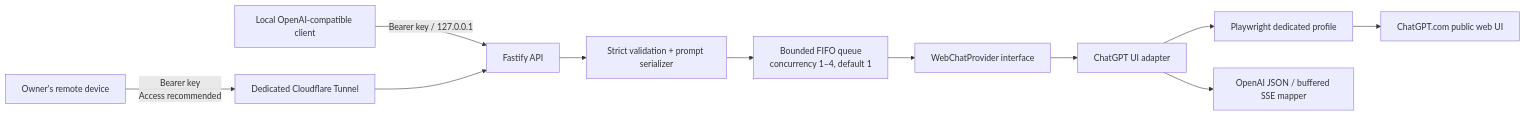
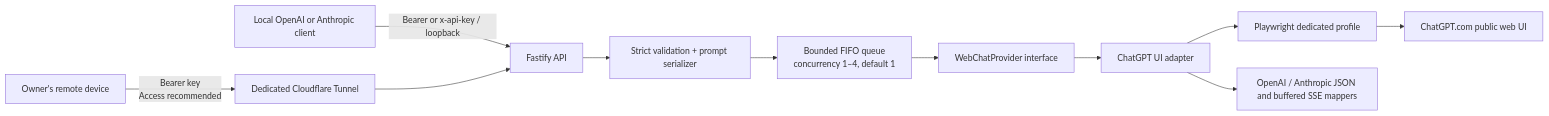
One commit to tang-vu/tab2api changed the diagram in README.md. Above: the diagram before and after it, drawn with Mermaid. The commit also changed other lines of this file and 16 other files, not shown here.

````diff
--- a/README.md
+++ b/README.md
@@ -16,13 +16,13 @@
 ```mermaid
 flowchart LR
-    C[Local OpenAI-compatible client] -->|Bearer key / 127.0.0.1| A[Fastify API]
+    C[Local OpenAI or Anthropic client] -->|Bearer or x-api-key / loopback| A[Fastify API]
     R[Owner's remote device] -->|Bearer key<br/>Access recommended| F[Dedicated Cloudflare Tunnel]
     F --> A
     A --> V[Strict validation + prompt serializer]
     V --> Q[Bounded FIFO queue<br/>concurrency 1–4, default 1]
     Q --> P[WebChatProvider interface]
     P --> G[ChatGPT UI adapter]
     G --> U[Playwright dedicated profile]
     U --> W[ChatGPT.com public web UI]
-    G --> M[OpenAI JSON / buffered SSE mapper]
+    G --> M[OpenAI / Anthropic JSON and buffered SSE mappers]
 ```
````
